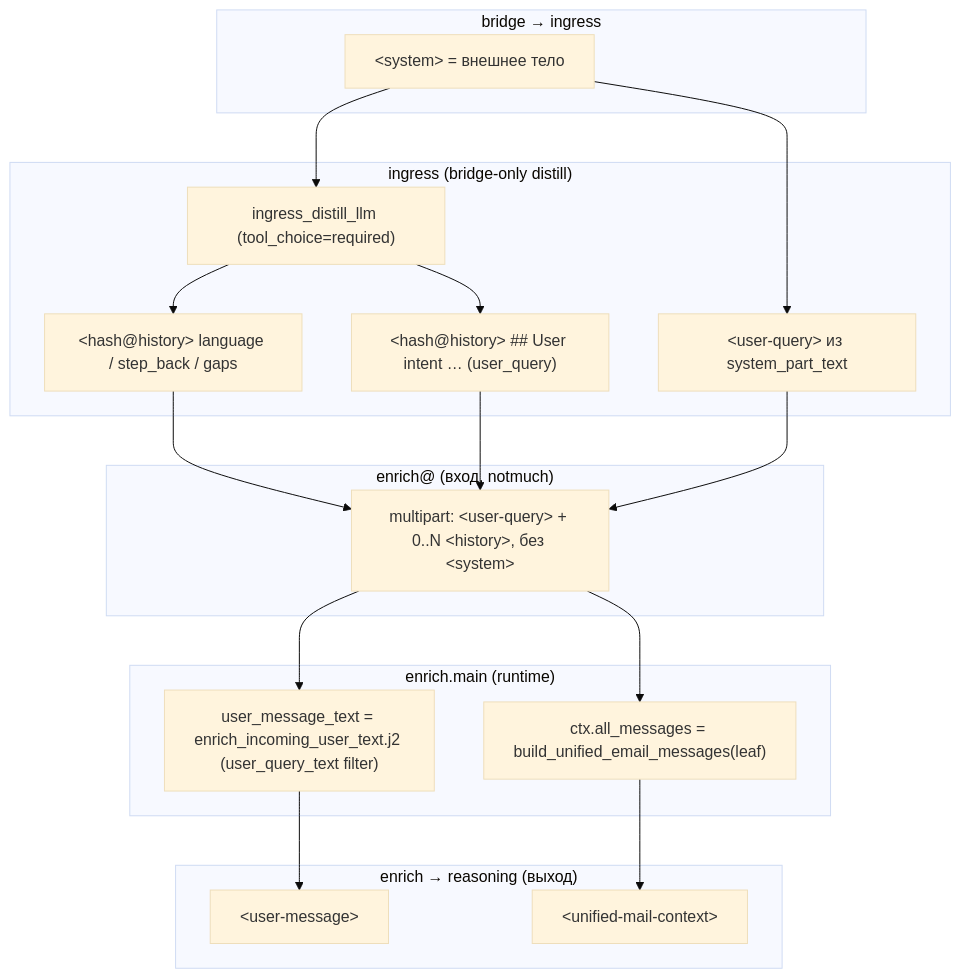
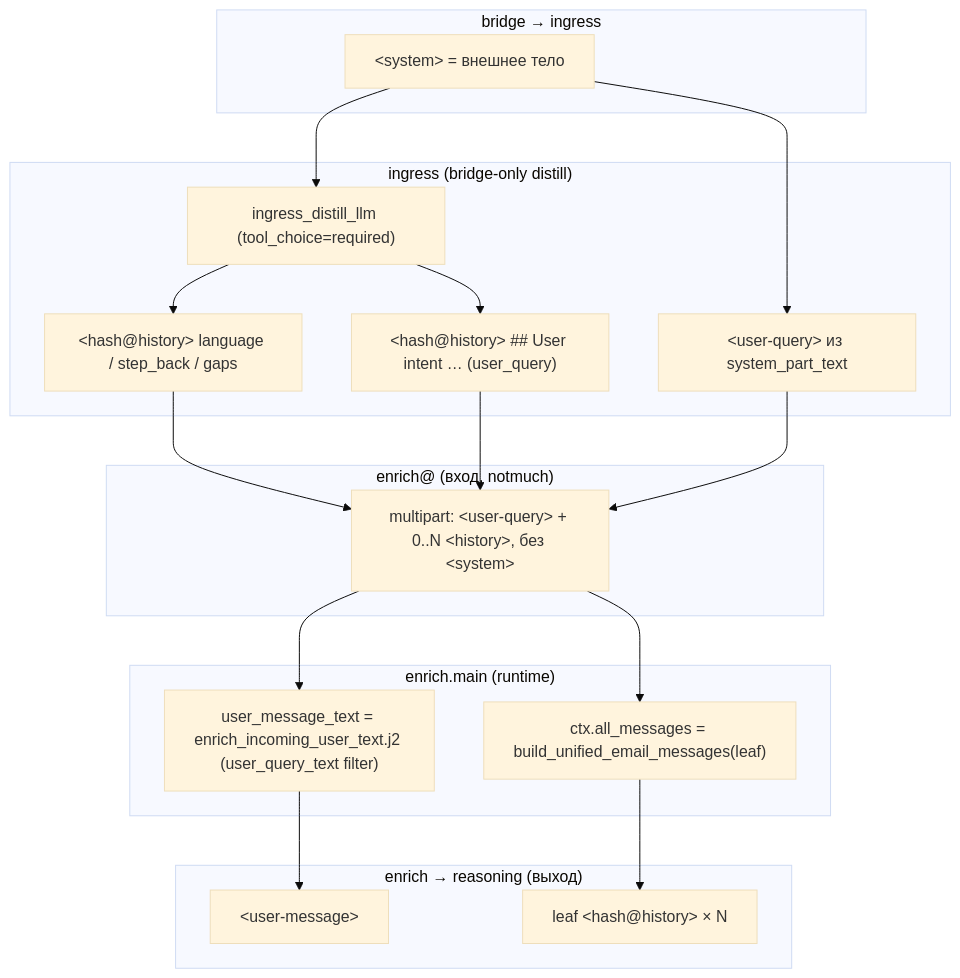
One commit to 3DRaven/threlium changed the second of 2 diagrams in docs/CONTEXT_CONTRACT.md. Above: the diagram before and after it, drawn with Mermaid (base theme). The commit also changed other lines of this file and 13 other files, not shown here.

````diff
--- a/docs/CONTEXT_CONTRACT.md
+++ b/docs/CONTEXT_CONTRACT.md
@@ -184,34 +184,34 @@
 ```mermaid
 flowchart TB
   subgraph bridge["bridge → ingress"]
     SYS["&lt;system&gt; = внешнее тело"]
   end
   subgraph ingress["ingress (bridge-only distill)"]
     LLM["ingress_distill_llm (tool_choice=required)"]
     H1["&lt;hash@history&gt; language / step_back / gaps"]
     H2["&lt;hash@history&gt; ## User intent … (user_query)"]
     UQ["&lt;user-query&gt; из system_part_text"]
     SYS --> LLM
     SYS --> UQ
     LLM --> H1
     LLM --> H2
   end
   subgraph enrich_in["enrich@ (вход, notmuch)"]
     MSG["multipart: &lt;user-query&gt; + 0..N &lt;history&gt;, без &lt;system&gt;"]
     H1 --> MSG
     H2 --> MSG
     UQ --> MSG
   end
   subgraph enrich_run["enrich.main (runtime)"]
     UM["user_message_text = enrich_incoming_user_text.j2 (user_query_text filter)"]
     UNI["ctx.all_messages = build_unified_email_messages(leaf)"]
     MSG --> UM
     MSG --> UNI
   end
   subgraph enrich_out["enrich → reasoning (выход)"]
     P1["&lt;user-message&gt;"]
-    P2["&lt;unified-mail-context&gt;"]
+    P2["leaf &lt;hash@history&gt; × N"]
     UM --> P1
     UNI --> P2
   end
 ```
````
